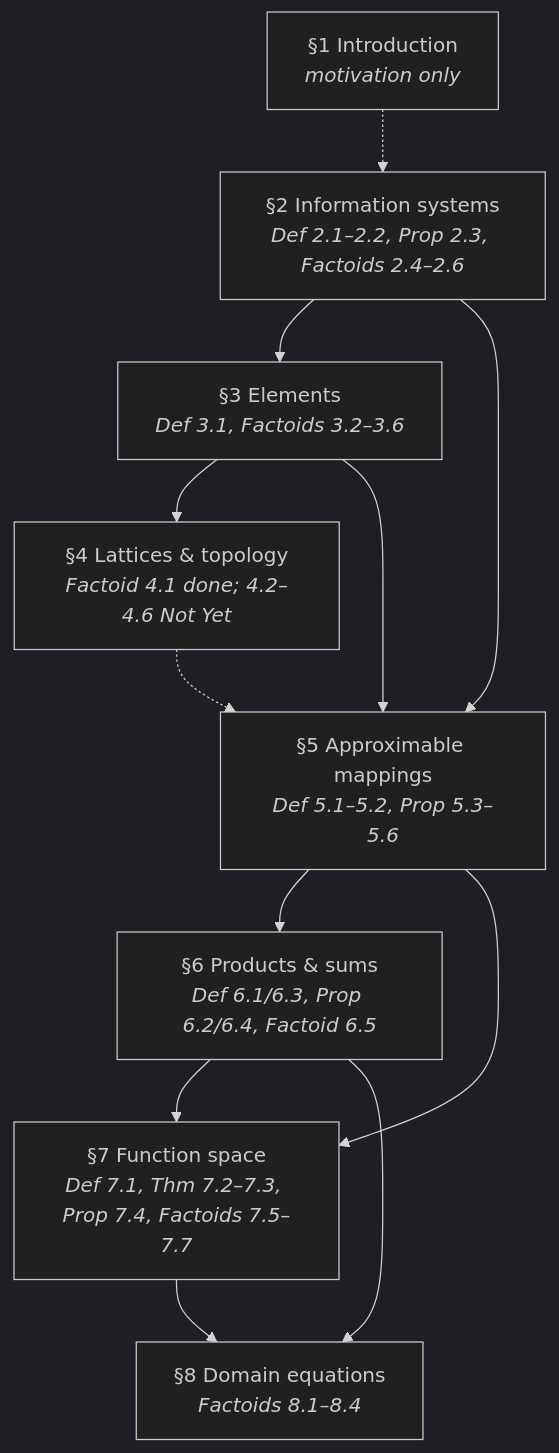
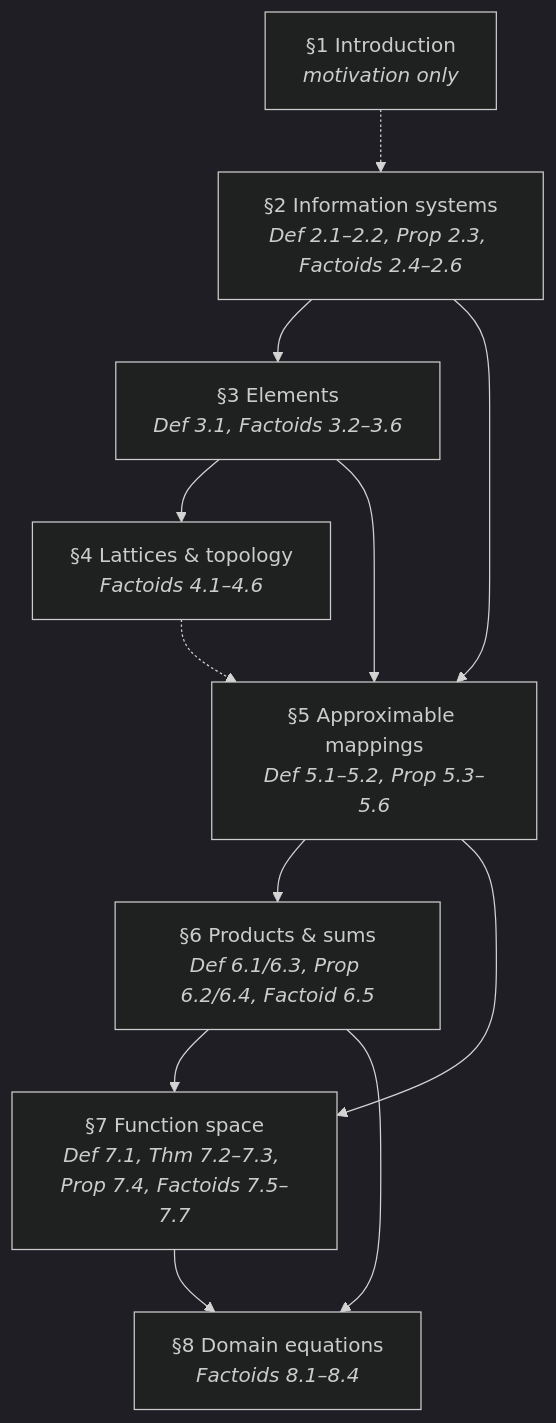
The first of 10 diagrams in arxiv.md (catskillsresearch/scott1982), drawn with Mermaid (dark theme) before and after one commit. The commit also changed other lines of this file and 7 other files, not shown here.

First line of the commit message:
Complete Factoids 4.2–4.6: meets, joins, cpo, algebraicity, Scott topology.

````diff
--- a/arxiv.md
+++ b/arxiv.md
@@ -42,23 +42,23 @@
 ```mermaid
 flowchart TB
   S1["§1 Introduction<br/><i>motivation only</i>"]
   S2["§2 Information systems<br/><i>Def 2.1–2.2, Prop 2.3, Factoids 2.4–2.6</i>"]
   S3["§3 Elements<br/><i>Def 3.1, Factoids 3.2–3.6</i>"]
-  S4["§4 Lattices & topology<br/><i>Factoid 4.1 done; 4.2–4.6 Not Yet</i>"]
+  S4["§4 Lattices & topology<br/><i>Factoids 4.1–4.6</i>"]
   S5["§5 Approximable mappings<br/><i>Def 5.1–5.2, Prop 5.3–5.6</i>"]
   S6["§6 Products & sums<br/><i>Def 6.1/6.3, Prop 6.2/6.4, Factoid 6.5</i>"]
   S7["§7 Function space<br/><i>Def 7.1, Thm 7.2–7.3, Prop 7.4, Factoids 7.5–7.7</i>"]
   S8["§8 Domain equations<br/><i>Factoids 8.1–8.4</i>"]
 
   S1 -.-> S2
   S2 --> S3
   S3 --> S4
   S3 --> S5
   S2 --> S5
   S5 --> S6
   S5 --> S7
   S6 --> S7
   S6 --> S8
   S7 --> S8
   S4 -.-> S5
 ```
````
